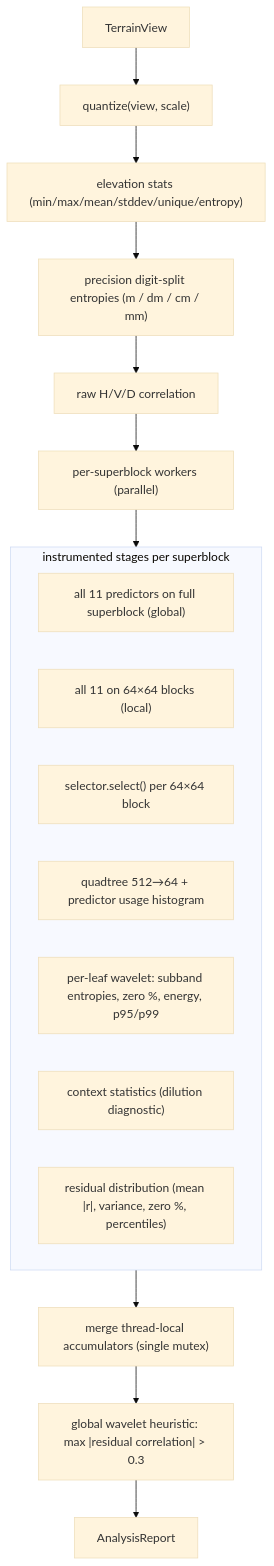
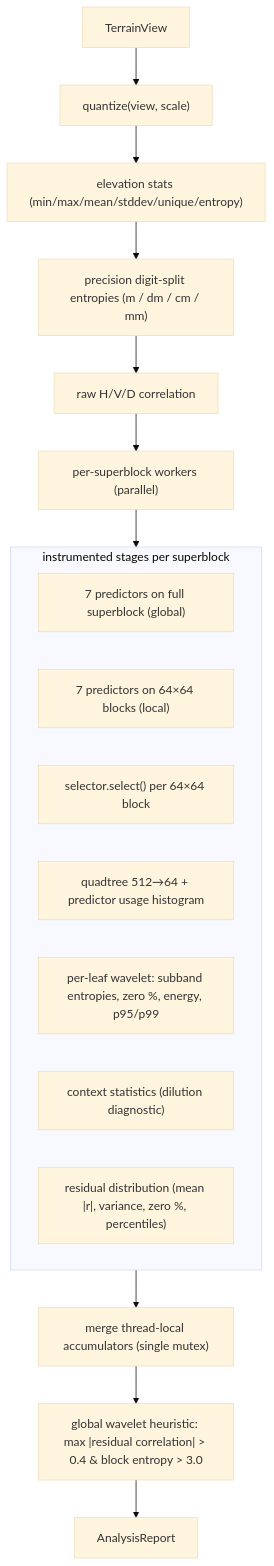
Before and after one commit to yashwk/libxtm: the tenth of 12 diagrams in docs/pipeline.md, drawn with Mermaid (base theme). The commit also changed other lines of this file and 70 other files, not shown here.

Commit message:
merge and squash all code review and updates

````diff
--- a/docs/pipeline.md
+++ b/docs/pipeline.md
@@ -397,24 +408,24 @@
 ```mermaid
 flowchart TB
     T["TerrainView"] --> Q["quantize(view, scale)"]
     Q --> R1["elevation stats (min/max/mean/stddev/unique/entropy)"]
     R1 --> R2["precision digit-split entropies (m / dm / cm / mm)"]
     R2 --> R3["raw H/V/D correlation"]
     R3 --> WORK["per-superblock workers (parallel)"]
 
     subgraph SW["instrumented stages per superblock"]
         direction LR
-        A1["all 11 predictors on full superblock (global)"]
-        A2["all 11 on 64×64 blocks (local)"]
+        A1["7 predictors on full superblock (global)"]
+        A2["7 predictors on 64×64 blocks (local)"]
         A3["selector.select() per 64×64 block"]
         A4["quadtree 512→64 + predictor usage histogram"]
         A5["per-leaf wavelet: subband entropies, zero %, energy, p95/p99"]
         A6["context statistics (dilution diagnostic)"]
         A7["residual distribution (mean |r|, variance, zero %, percentiles)"]
     end
 
     WORK --> SW
     SW --> MERGE["merge thread-local accumulators (single mutex)"]
-    MERGE --> HEUR["global wavelet heuristic: max |residual correlation| > 0.3"]
+    MERGE --> HEUR["global wavelet heuristic: max |residual correlation| > 0.4 & block entropy > 3.0"]
     HEUR --> OUT["AnalysisReport"]
 ```
````
